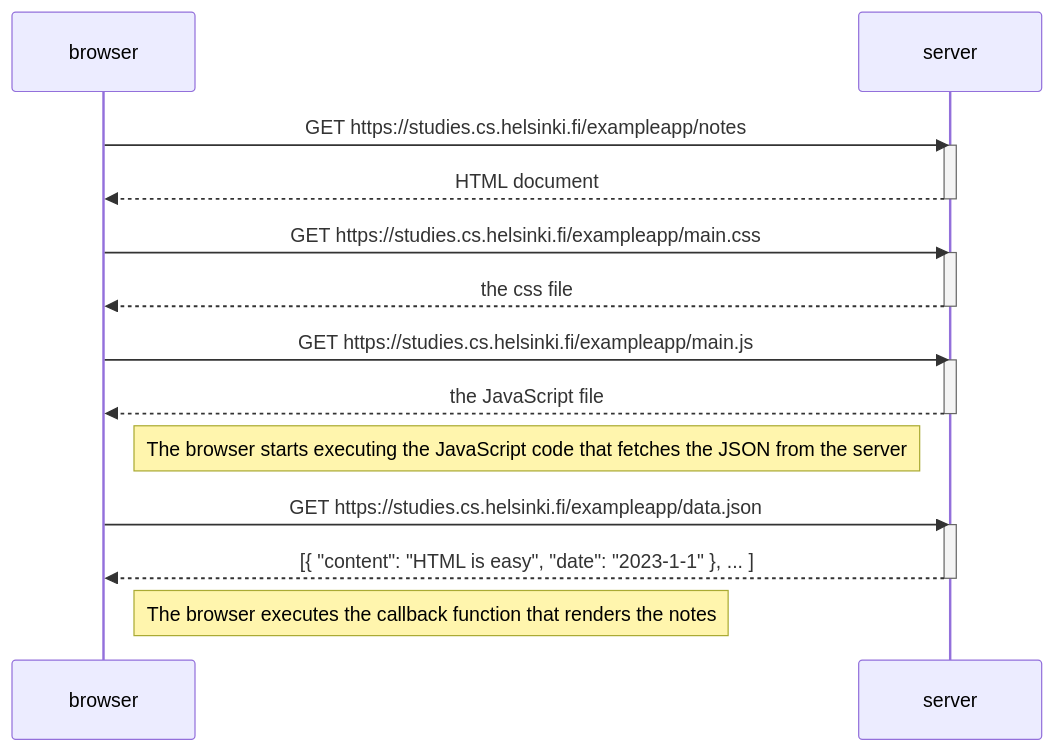
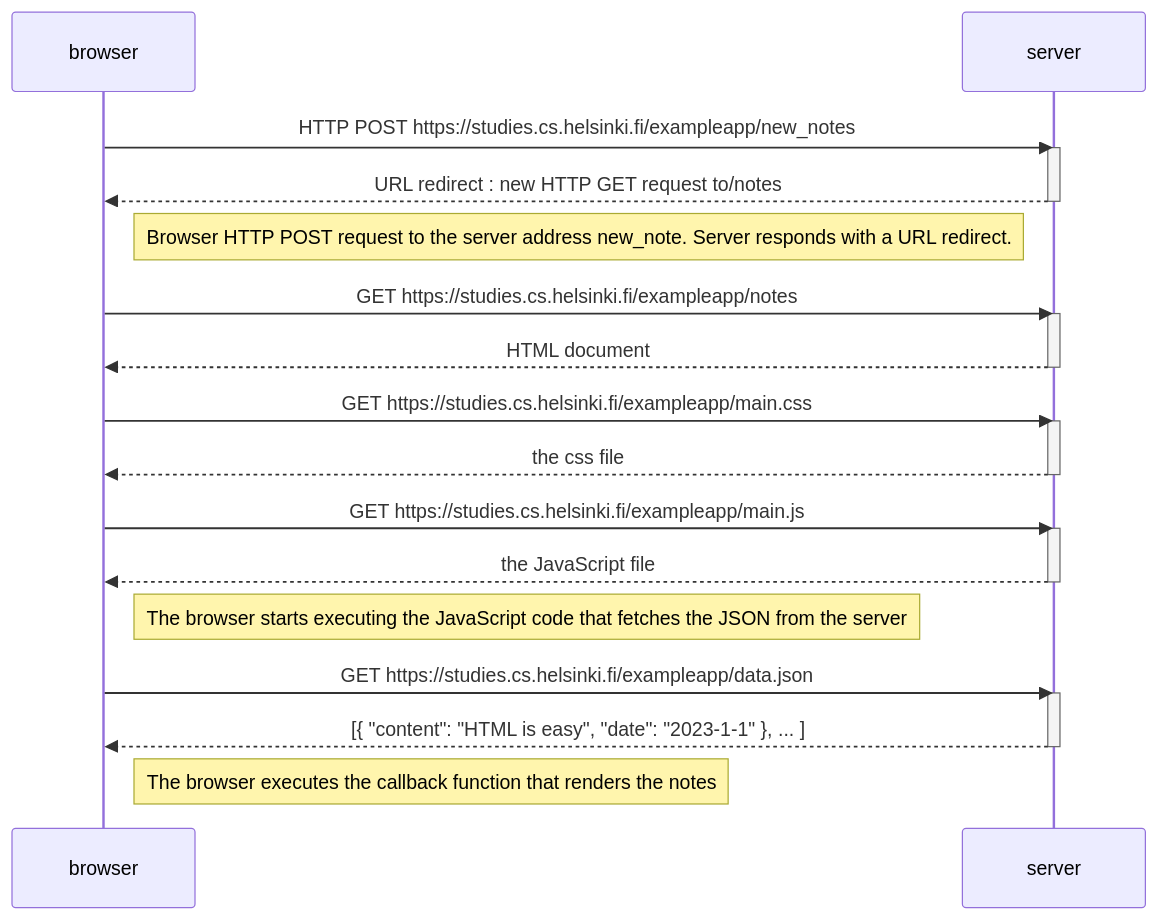
The diagram in README.md (dimpal001/Full_Stack_Open), drawn with Mermaid before and after one commit.

````diff
--- a/README.md
+++ b/README.md
@@ -1,29 +1,36 @@
 ```mermaid
 sequenceDiagram;
 participant browser;
 participant server;
+
+browser->>server: HTTP POST https://studies.cs.helsinki.fi/exampleapp/new_notes;
+activate server;
+server-->>browser: URL redirect : new HTTP GET request to/notes;
+deactivate server;
+
+Note right of browser: Browser HTTP POST request to the server address new_note. Server responds with a URL redirect.
 
 browser->>server: GET https://studies.cs.helsinki.fi/exampleapp/notes;
 activate server;
 server-->>browser: HTML document;
 deactivate server;
 
 browser->>server: GET https://studies.cs.helsinki.fi/exampleapp/main.css;
 activate server;
 server-->>browser: the css file;
 deactivate server;
     
 browser->>server: GET https://studies.cs.helsinki.fi/exampleapp/main.js;
 activate server;
 server-->>browser: the JavaScript file;
 deactivate server;
 
 Note right of browser: The browser starts executing the JavaScript code that fetches the JSON from the server;
 
 browser->>server: GET https://studies.cs.helsinki.fi/exampleapp/data.json;
 activate server;
 server-->>browser: [{ "content": "HTML is easy", "date": "2023-1-1" }, ... ];
 deactivate server;
 
 Note right of browser: The browser executes the callback function that renders the notes;
 ```
````
